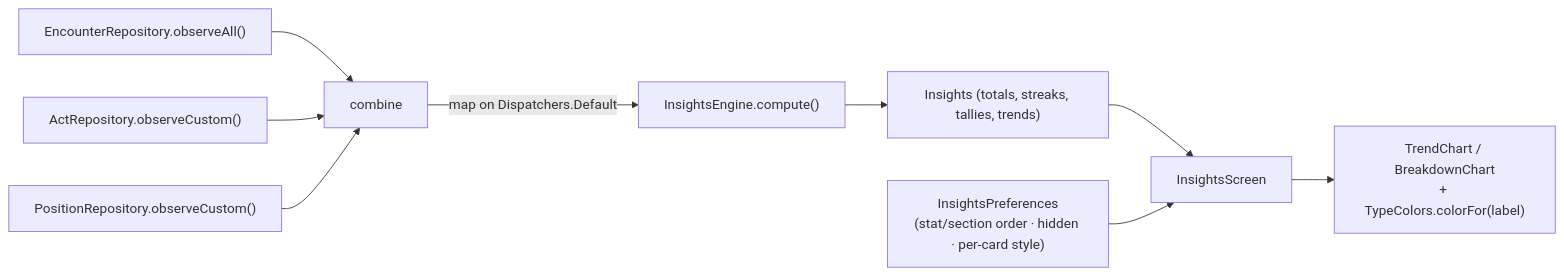
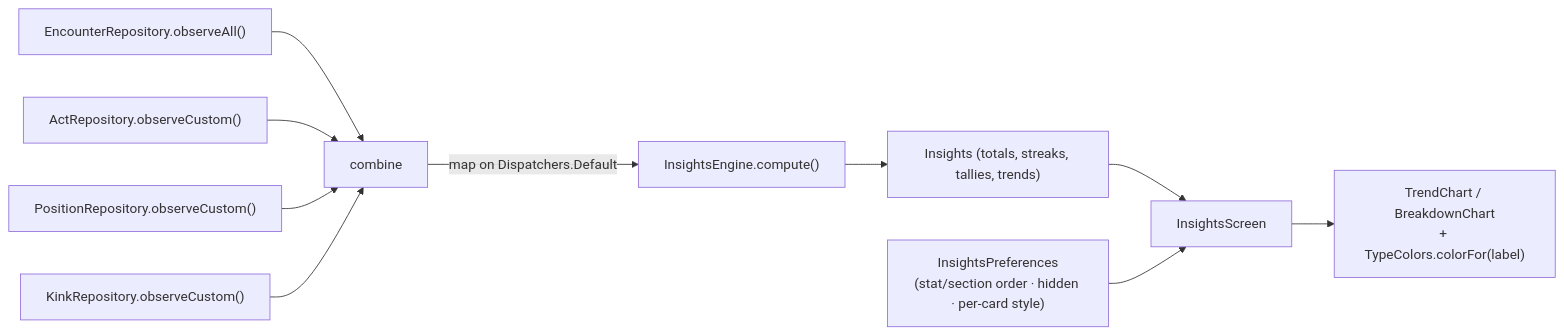
Before and after one commit to herbiewalker/tryst: the sixth of 9 diagrams in docs/FLOWCHARTS.md, drawn with Mermaid. The commit also changed other lines of this file and 10 other files, not shown here.

First line of the commit message:
docs: modernize docs/ for v0.3.0 / schema v10 (DOC-2)

````diff
--- a/docs/FLOWCHARTS.md
+++ b/docs/FLOWCHARTS.md
@@ -149,11 +149,12 @@
 ```mermaid
 flowchart LR
     R1["EncounterRepository.observeAll()"] --> CMB["combine"]
     R2["ActRepository.observeCustom()"] --> CMB
     R3["PositionRepository.observeCustom()"] --> CMB
+    R4["KinkRepository.observeCustom()"] --> CMB
     CMB -->|"map on Dispatchers.Default"| ENG["InsightsEngine.compute()"]
     ENG --> INS["Insights (totals, streaks, tallies, trends)"]
     INS --> SCR["InsightsScreen"]
     PREFS["InsightsPreferences<br/>(stat/section order · hidden · per-card style)"] --> SCR
     SCR --> CH["TrendChart / BreakdownChart<br/>+ TypeColors.colorFor(label)"]
 ```
````
